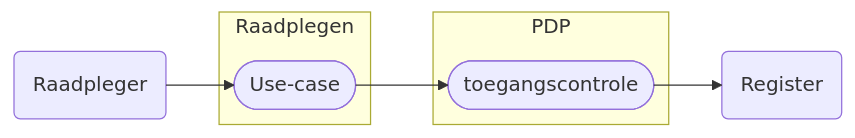
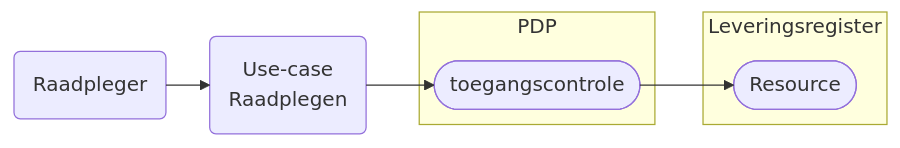
One commit to iStandaarden/koppelvlakspecificatie-netwerkmodel changed the diagram in docs/leveringsregister/leveringsregister-1/raadplegen/index.md. Above: the diagram before and after it, drawn with Mermaid. The commit also changed other lines of this file and 66 other files, not shown here.

````diff
--- a/docs/leveringsregister/leveringsregister-1/raadplegen/index.md
+++ b/docs/leveringsregister/leveringsregister-1/raadplegen/index.md
@@ -17,24 +12,23 @@
 ```mermaid
 ---
 config:
   theme: mc
   look: classic
   layout: elk
 ---
 flowchart LR
  subgraph s1["PDP"]
-          T["toegangscontrole"]
+          P["toegangscontrole"]
  end
- subgraph s2["Raadplegen"]
-          R["Use-case"]
-          
+ subgraph s2["Leveringsregister"]
+          B["Resource"]
   end
     A["Raadpleger"] --> R
-    R --> T
-    T --> Rs["Register"]
-    R@{ shape: terminal}
-    T@{ shape: terminal}
+    R["Use-case<br>Raadplegen"] --> P
+    P --> B
+    B@{ shape: terminal}
+    P@{ shape: terminal}
     A@{ shape: rounded}
-    Rs@{ shape: rounded}
+    R@{ shape: rounded}
     
 ```
````
